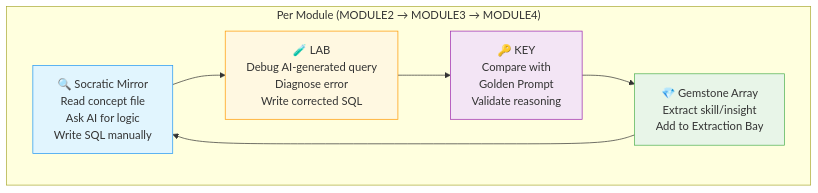
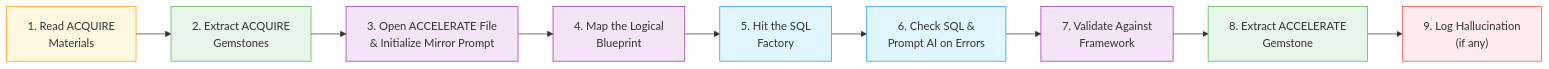
Before and after one commit to uniqueumamaheswari-universe/SQLVerse: the second of 3 diagrams in Level-1-beginner/Module5-GenAI-Walkthrough/MODULE5_GUIDE.md, drawn with Mermaid. The commit also changed other lines of this file and 1 other file, not shown here.

````diff
--- a/Level-1-beginner/Module5-GenAI-Walkthrough/MODULE5_GUIDE.md
+++ b/Level-1-beginner/Module5-GenAI-Walkthrough/MODULE5_GUIDE.md
@@ -89,17 +169,22 @@
 ```mermaid
 flowchart LR
-    subgraph Loop ["Per Module (MODULE2 → MODULE3 → MODULE4)"]
-        direction LR
-        A["🔍 Socratic Mirror<br/>Read concept file<br/>Ask AI for logic<br/>Write SQL manually"] 
-        B["🧪 LAB<br/>Debug AI‑generated query<br/>Diagnose error<br/>Write corrected SQL"]
-        C["🔑 KEY<br/>Compare with<br/>Golden Prompt<br/>Validate reasoning"]
-        D["💎 Gemstone Array<br/>Extract skill/insight<br/>Add to Extraction Bay"]
-    end
-    
-    A --> B --> C --> D --> A
-    
-    style A fill:#e1f5fe,stroke:#2196f3
-    style B fill:#fff8e1,stroke:#ff9800
-    style C fill:#f3e5f5,stroke:#9c27b0
-    style D fill:#e8f5e8,stroke:#4caf50
+    Step1["1. Read ACQUIRE<br/>Materials"] --> 
+    Step2["2. Extract ACQUIRE<br/>Gemstones"] --> 
+    Step3["3. Open ACCELERATE File<br/>& Initialize Mirror Prompt"] -->
+    Step4["4. Map the Logical<br/>Blueprint"] -->
+    Step5["5. Hit the SQL<br/>Factory"] -->
+    Step6["6. Check SQL &<br/>Prompt AI on Errors"] -->
+    Step7["7. Validate Against<br/>Framework"] -->
+    Step8["8. Extract ACCELERATE<br/>Gemstone"] -->
+    Step9["9. Log Hallucination<br/>(if any)"]
+
+    style Step1 fill:#fff8e1,stroke:#ff9800
+    style Step2 fill:#e8f5e9,stroke:#4caf50
+    style Step3 fill:#f3e5f5,stroke:#9c27b0
+    style Step4 fill:#f3e5f5,stroke:#9c27b0
+    style Step5 fill:#e1f5fe,stroke:#2196f3
+    style Step6 fill:#e1f5fe,stroke:#2196f3
+    style Step7 fill:#f3e5f5,stroke:#9c27b0
+    style Step8 fill:#e8f5e9,stroke:#4caf50
+    style Step9 fill:#ffebee,stroke:#f44336
 ```
````
